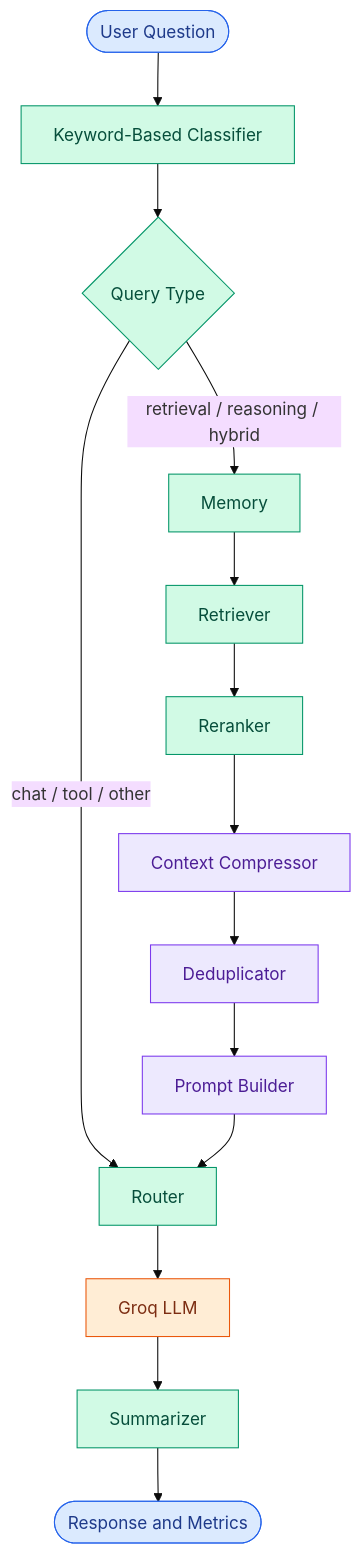
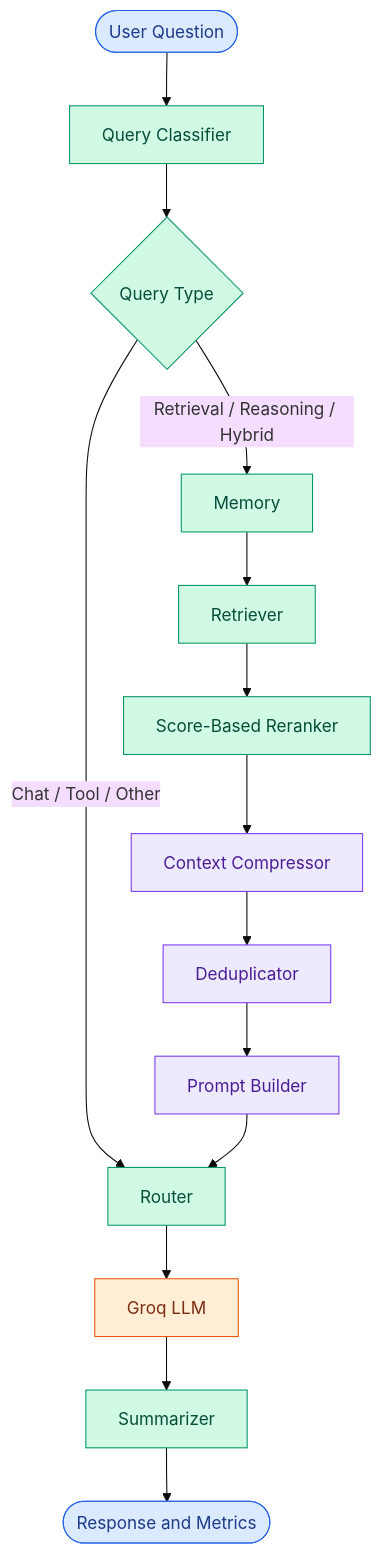
Before and after one commit to maahii-in/token-cost-cutting: the diagram in README.md, drawn with Mermaid (base theme). The commit also changed other lines of this file, not shown here.

````diff
--- a/README.md
+++ b/README.md
@@ -198,29 +109,29 @@
 ```mermaid
 flowchart TD
-    A([User Question]) --> B[Keyword-Based Classifier]
+    A([User Question]) --> B[Query Classifier]
     B --> C{Query Type}
 
-    C -->|chat / tool / other| H[Router]
-    C -->|retrieval / reasoning / hybrid| D[Memory]
+    C -->|Chat / Tool / Other| H[Router]
+    C -->|Retrieval / Reasoning / Hybrid| D[Memory]
 
     D --> E[Retriever]
-    E --> F[Reranker]
+    E --> F[Score-Based Reranker]
     F --> G[Context Compressor]
     G --> I[Deduplicator]
     I --> J[Prompt Builder]
 
     J --> H
     H --> K[Groq LLM]
     K --> L[Summarizer]
     L --> M([Response and Metrics])
 
-    classDef entry fill:#DBEAFE,stroke:#2563EB,color:#1E3A8A
+    classDef start fill:#DBEAFE,stroke:#2563EB,color:#1E3A8A
     classDef process fill:#D1FAE5,stroke:#059669,color:#064E3B
     classDef optimize fill:#EDE9FE,stroke:#7C3AED,color:#4C1D95
-    classDef generation fill:#FFEDD5,stroke:#EA580C,color:#7C2D12
+    classDef llm fill:#FFEDD5,stroke:#EA580C,color:#7C2D12
 
-    class A,M entry
+    class A,M start
     class B,C,D,E,F,H,L process
     class G,I,J optimize
-    class K generation
+    class K llm
 ```
````
